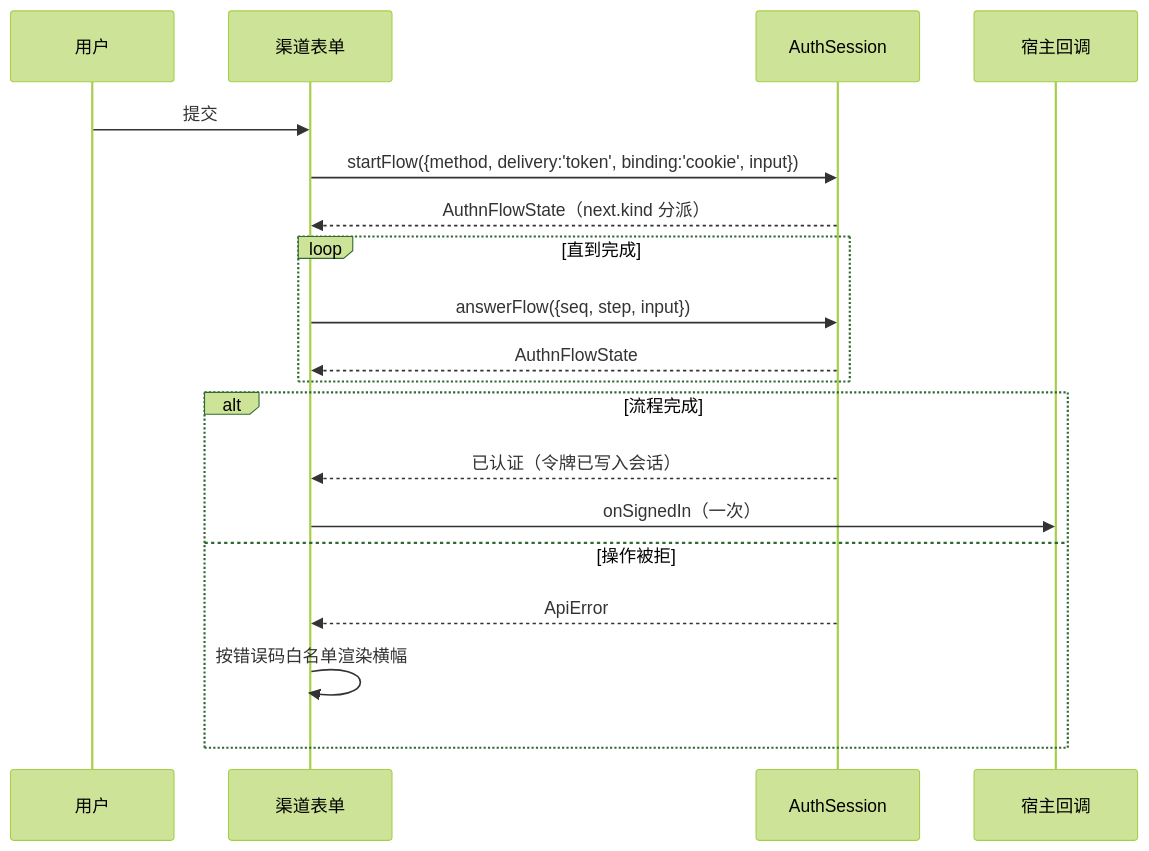
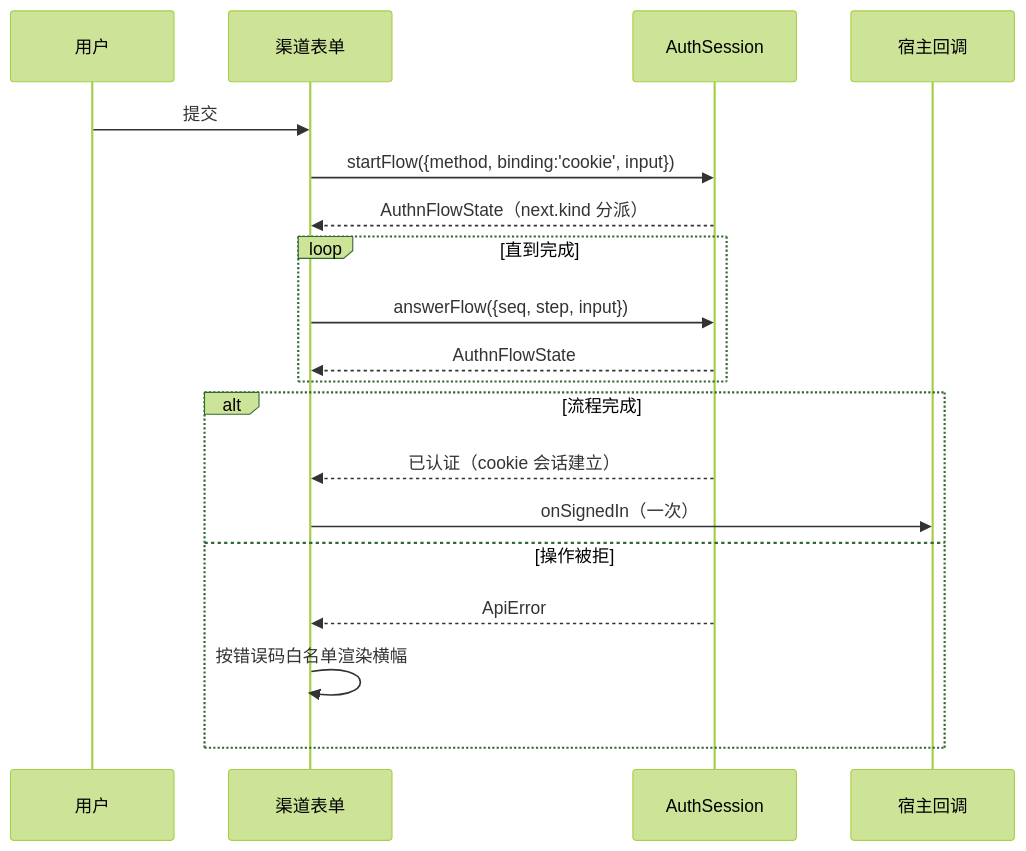
The diagram in docs/design/modules/web/design-web-auth-ui.md (wangzw/speed), drawn with Mermaid (forest theme) before and after one commit. The commit also changed 8 other files, not shown here.

````diff
--- a/docs/design/modules/web/design-web-auth-ui.md
+++ b/docs/design/modules/web/design-web-auth-ui.md
@@ -126,21 +126,21 @@
 ```mermaid
 sequenceDiagram
     participant U as 用户
     participant F as 渠道表单
     participant S as AuthSession
     participant H as 宿主回调
     U->>F: 提交
-    F->>S: startFlow({method, delivery:'token', binding:'cookie', input})
+    F->>S: startFlow({method, binding:'cookie', input})
     S-->>F: AuthnFlowState（next.kind 分派）
     loop 直到完成
         F->>S: answerFlow({seq, step, input})
         S-->>F: AuthnFlowState
     end
     alt 流程完成
-        S-->>F: 已认证（令牌已写入会话）
+        S-->>F: 已认证（cookie 会话建立）
         F->>H: onSignedIn（一次）
     else 操作被拒
         S-->>F: ApiError
         F->>F: 按错误码白名单渲染横幅
     end
 ```
````
